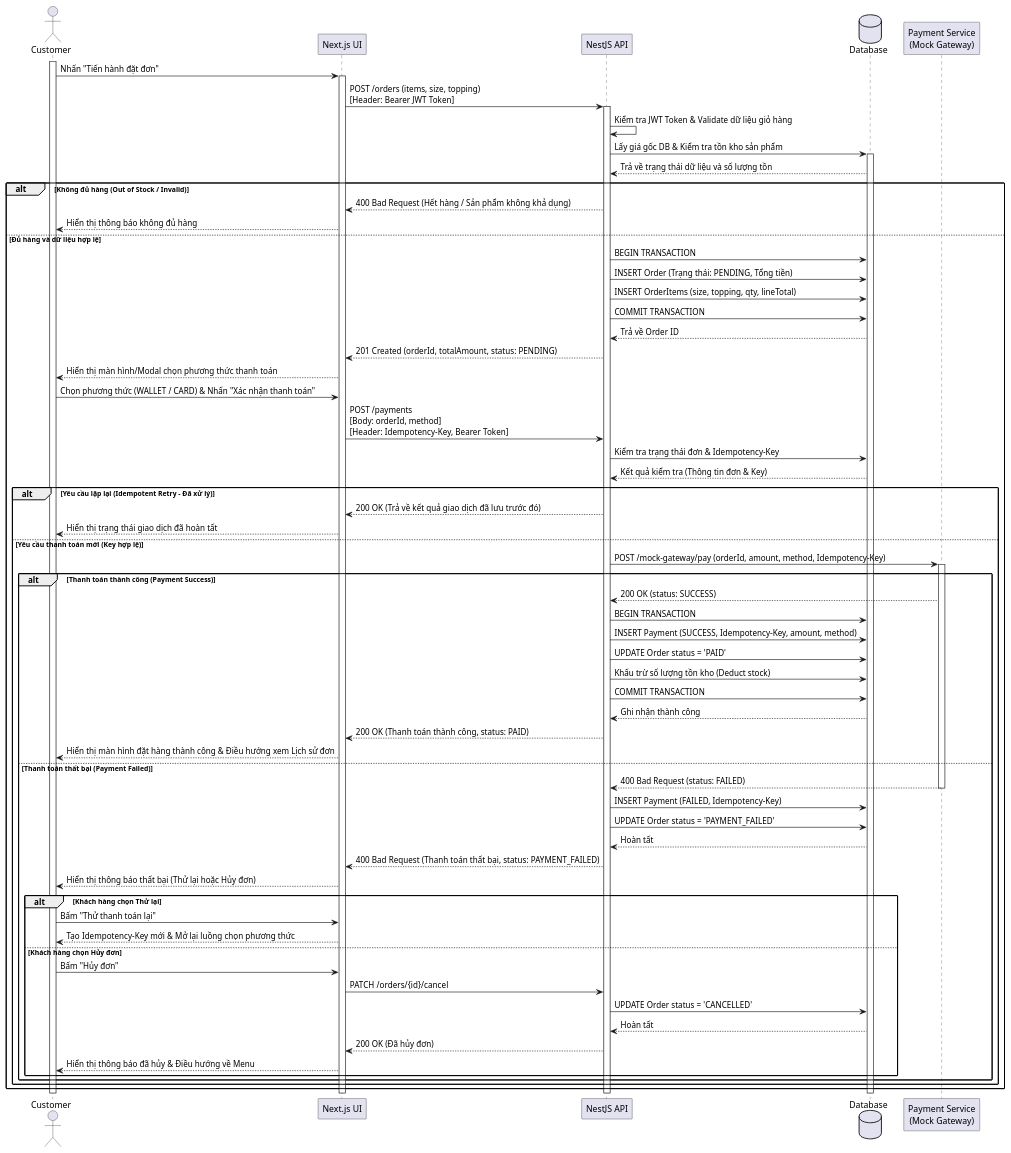
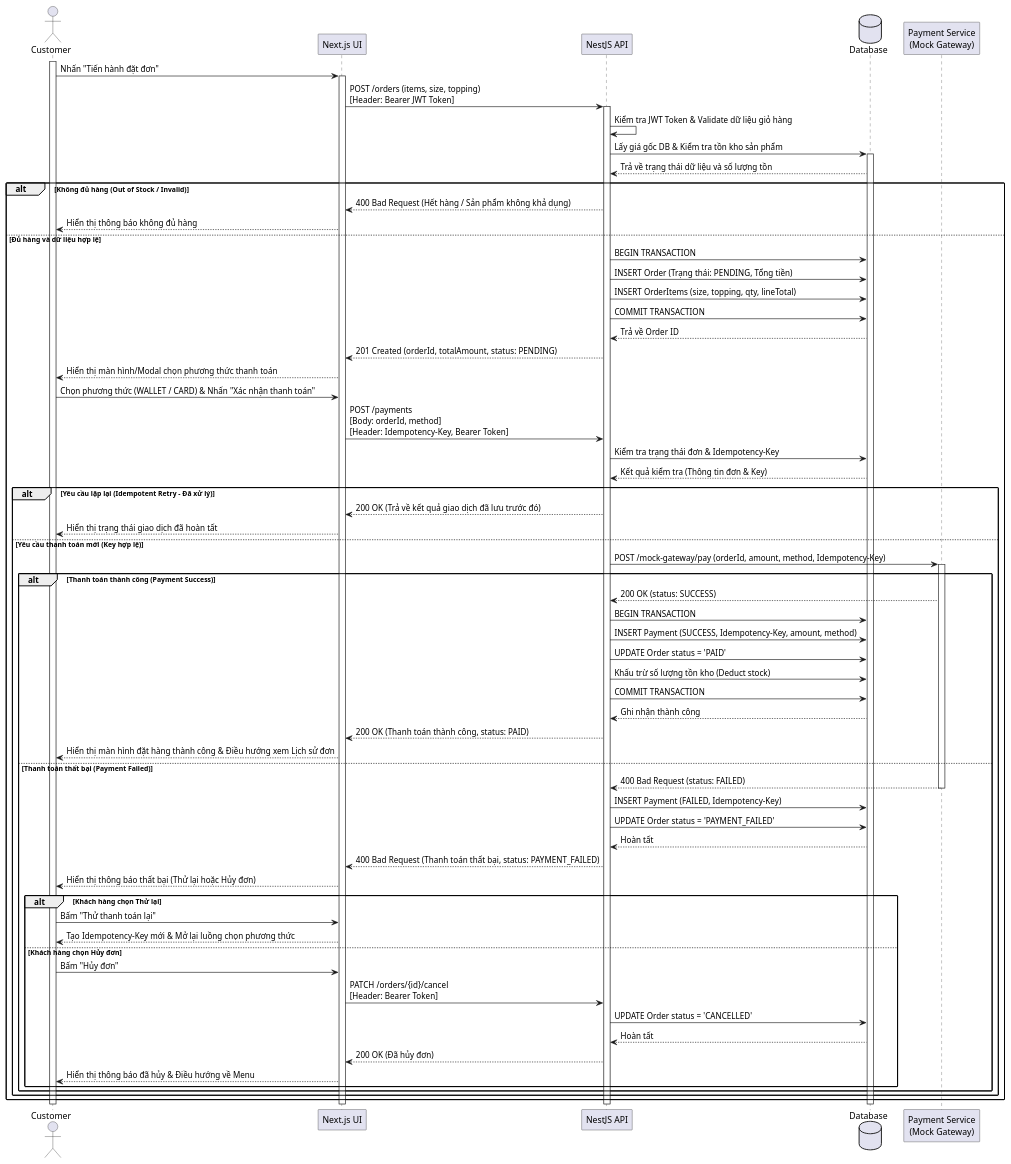
Before and after one commit to Tuan250206/BrewLite_Assignment2: the diagram in docs/diagrams/sequence-checkout.puml, drawn with PlantUML. The commit also changed 1 other file, not shown here.

Commit message:
update \n[Header: Bearer Token] và                 UI -> API: PATCH /orders/{id}/cancel

```diff
--- a/docs/diagrams/sequence-checkout.puml
+++ b/docs/diagrams/sequence-checkout.puml
@@ -1,98 +1,98 @@
 @startuml sequence-checkout
 skinparam responseMessageBelowArrow true
 skinparam BoxPadding 10
 skinparam ParticipantPadding 10
 skinparam Shadowing false
 skinparam RoundCorner 2
 skinparam SequenceLifeLineBackgroundColor white
 skinparam SequenceLifeLineBorderColor #444444
 
 actor "Customer" as User
 participant "Next.js UI" as UI
 participant "NestJS API" as API
 database "Database" as DB
 participant "Payment Service\n(Mock Gateway)" as Payment
 
 activate User
 User -> UI: Nhấn "Tiến hành đặt đơn"
 activate UI
 
 UI -> API: POST /orders (items, size, topping)\n[Header: Bearer JWT Token]
 activate API
 
 API -> API: Kiểm tra JWT Token & Validate dữ liệu giỏ hàng
 
 API -> DB: Lấy giá gốc DB & Kiểm tra tồn kho sản phẩm
 activate DB
 DB --> API: Trả về trạng thái dữ liệu và số lượng tồn
 
 alt Không đủ hàng (Out of Stock / Invalid)
     API --> UI: 400 Bad Request (Hết hàng / Sản phẩm không khả dụng)
     UI --> User: Hiển thị thông báo không đủ hàng
 else Đủ hàng và dữ liệu hợp lệ
     API -> DB: BEGIN TRANSACTION
     API -> DB: INSERT Order (Trạng thái: PENDING, Tổng tiền)
     API -> DB: INSERT OrderItems (size, topping, qty, lineTotal)
     API -> DB: COMMIT TRANSACTION
     DB --> API: Trả về Order ID
     API --> UI: 201 Created (orderId, totalAmount, status: PENDING)
     UI --> User: Hiển thị màn hình/Modal chọn phương thức thanh toán
 
     User -> UI: Chọn phương thức (WALLET / CARD) & Nhấn "Xác nhận thanh toán"
     UI -> API: POST /payments\n[Body: orderId, method]\n[Header: Idempotency-Key, Bearer Token]
 
     API -> DB: Kiểm tra trạng thái đơn & Idempotency-Key
     DB --> API: Kết quả kiểm tra (Thông tin đơn & Key)
 
     alt Yêu cầu lặp lại (Idempotent Retry - Đã xử lý)
         API --> UI: 200 OK (Trả về kết quả giao dịch đã lưu trước đó)
         UI --> User: Hiển thị trạng thái giao dịch đã hoàn tất
     else Yêu cầu thanh toán mới (Key hợp lệ)
         API -> Payment: POST /mock-gateway/pay (orderId, amount, method, Idempotency-Key)
         activate Payment
 
         alt Thanh toán thành công (Payment Success)
             Payment --> API: 200 OK (status: SUCCESS)
 
             API -> DB: BEGIN TRANSACTION
             API -> DB: INSERT Payment (SUCCESS, Idempotency-Key, amount, method)
             API -> DB: UPDATE Order status = 'PAID'
             API -> DB: Khấu trừ số lượng tồn kho (Deduct stock)
             API -> DB: COMMIT TRANSACTION
             DB --> API: Ghi nhận thành công
 
             API --> UI: 200 OK (Thanh toán thành công, status: PAID)
             UI --> User: Hiển thị màn hình đặt hàng thành công & Điều hướng xem Lịch sử đơn
 
         else Thanh toán thất bại (Payment Failed)
             Payment --> API: 400 Bad Request (status: FAILED)
             deactivate Payment
 
             API -> DB: INSERT Payment (FAILED, Idempotency-Key)
             API -> DB: UPDATE Order status = 'PAYMENT_FAILED'
             DB --> API: Hoàn tất
 
             API --> UI: 400 Bad Request (Thanh toán thất bại, status: PAYMENT_FAILED)
             UI --> User: Hiển thị thông báo thất bại (Thử lại hoặc Hủy đơn)
 
             alt Khách hàng chọn Thử lại
                 User -> UI: Bấm "Thử thanh toán lại"
                 UI --> User: Tạo Idempotency-Key mới & Mở lại luồng chọn phương thức
             else Khách hàng chọn Hủy đơn
                 User -> UI: Bấm "Hủy đơn"
-                UI -> API: PATCH /orders/{id}/cancel
+                UI -> API: PATCH /orders/{id}/cancel\n[Header: Bearer Token]
                 API -> DB: UPDATE Order status = 'CANCELLED'
                 DB --> API: Hoàn tất
                 API --> UI: 200 OK (Đã hủy đơn)
                 UI --> User: Hiển thị thông báo đã hủy & Điều hướng về Menu
             end
         end
     end
 end
 
 deactivate DB
 deactivate API
 deactivate UI
 deactivate User
 
 @enduml
```
